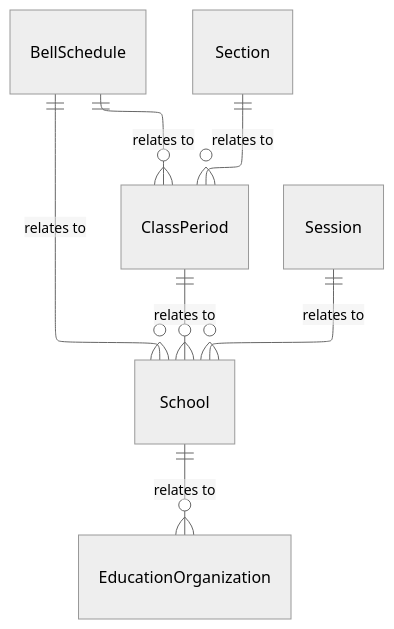
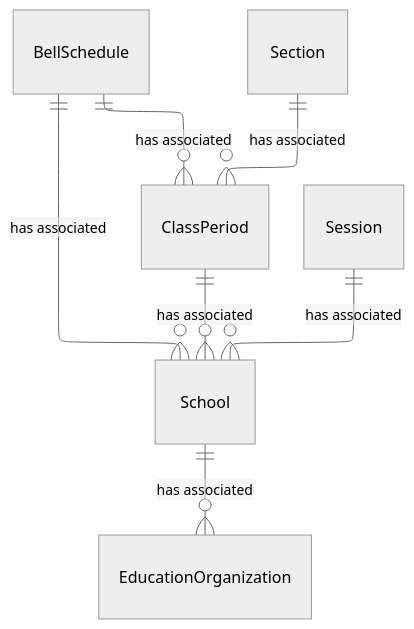
Before and after one commit to Ed-Fi-Alliance-OSS/ed-fi-alliance-oss.github.io: the diagram in dataStandard_versioned_docs/version-6/model-reference/bell-schedule-domain/model-diagrams.md, drawn with Mermaid (neutral theme). The commit also changed 24 other files, not shown here.

````diff
--- a/dataStandard_versioned_docs/version-6/model-reference/bell-schedule-domain/model-diagrams.md
+++ b/dataStandard_versioned_docs/version-6/model-reference/bell-schedule-domain/model-diagrams.md
@@ -10,25 +10,25 @@
 ```mermaid
 ---
 config:
   layout: elk
 ---
 erDiagram
     BellSchedule {
     }
     ClassPeriod {
     }
     Session {
     }
     Section {
     }
     EducationOrganization {
     }
     School {
     }
-    School ||--o{ EducationOrganization : "relates to"
-    BellSchedule ||--o{ School : "relates to"
-    BellSchedule ||--o{ ClassPeriod : "relates to"
-    ClassPeriod ||--o{ School : "relates to"
-    Session ||--o{ School : "relates to"
-    Section ||--o{ ClassPeriod : "relates to"
+    School ||--o{ EducationOrganization : "has associated"
+    BellSchedule ||--o{ School : "has associated"
+    BellSchedule ||--o{ ClassPeriod : "has associated"
+    ClassPeriod ||--o{ School : "has associated"
+    Session ||--o{ School : "has associated"
+    Section ||--o{ ClassPeriod : "has associated"
 ```
````
